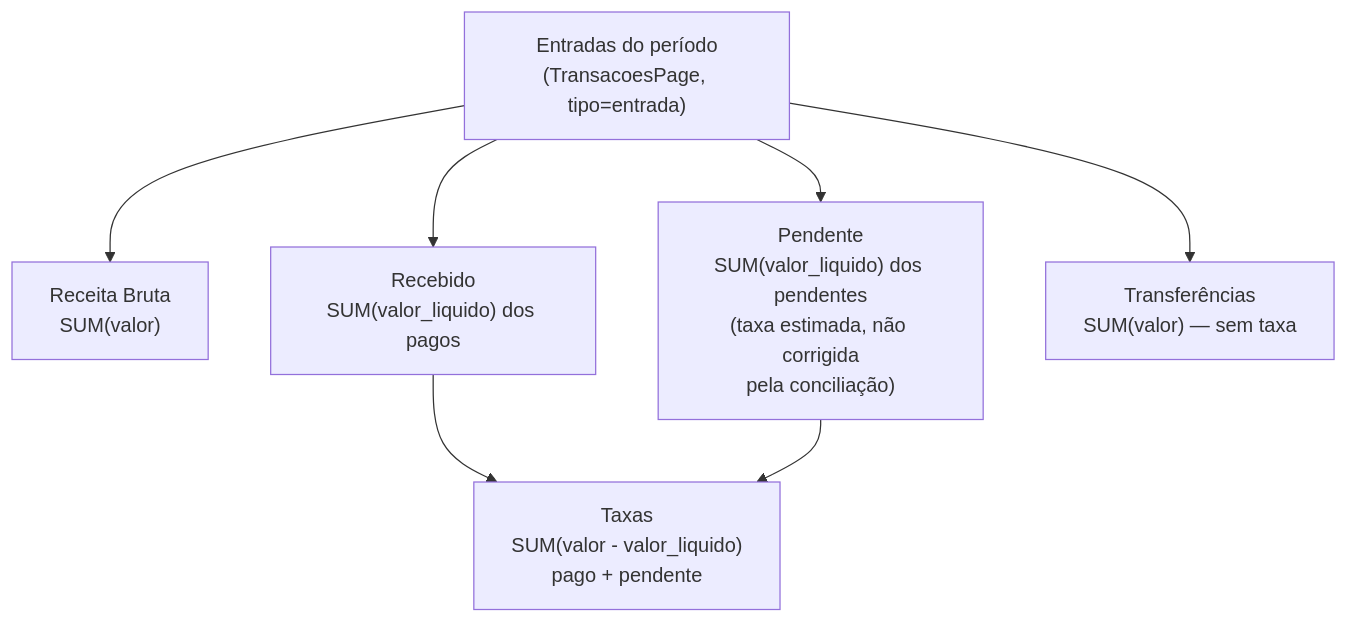
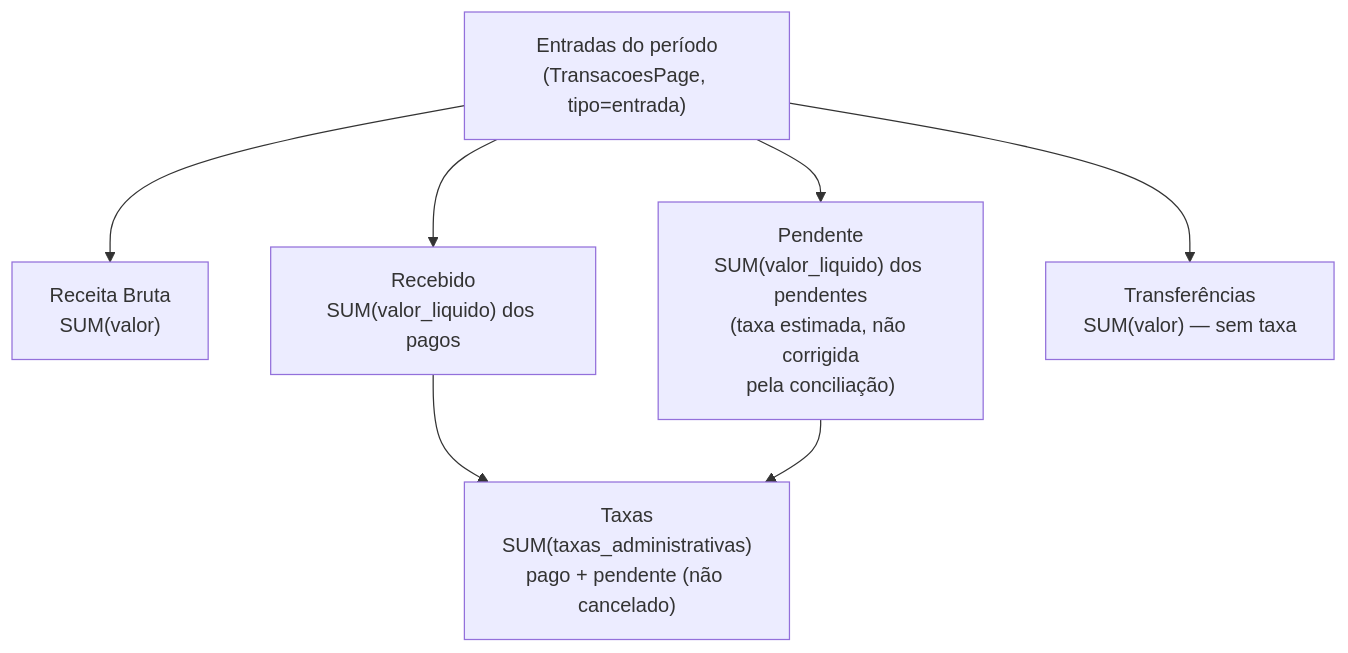
One commit to adrianoapc/igreja-carvalho changed diagram 15 of 15 in docs/diagramas/fluxo-financeiro.md. Above: the diagram before and after it, drawn with Mermaid. The commit also changed 2 other files, not shown here.

Commit message:
fix(financeiro): review Codex — card Taxas somava campo errado e incluía cancelados
P1: valor - valor_liquido não isola a taxa — carrega juros/multas/desconto
junto (valor_liquido = valor + juros + multas - taxas - desconto), podendo
até dar negativo num lançamento com desconto sem taxa. Fix: somar
taxas_administrativas direto, já gravada como magnitude positiva nas RPCs
fin_*.

P2: sem filtro de status, um lançamento cancelado (que mantém
taxas_administrativas preenchida) entrava na conta. Fix: restringir a
status pago/pendente, mesmo escopo de Recebido + Pendente.

Verificado em Node contra o cenário exato dos 2 achados (desconto sem
taxa + lançamento cancelado): total antigo 27,58 (contaminado), novo
12,58 (correto).

````diff
--- a/docs/diagramas/fluxo-financeiro.md
+++ b/docs/diagramas/fluxo-financeiro.md
@@ -636,10 +636,10 @@
 ```mermaid
 flowchart TD
     ENT["Entradas do período\n(TransacoesPage, tipo=entrada)"]
     ENT --> BRUTA["Receita Bruta\nSUM(valor)"]
     ENT --> REC["Recebido\nSUM(valor_liquido) dos pagos"]
     ENT --> PEND["Pendente\nSUM(valor_liquido) dos pendentes\n(taxa estimada, não corrigida\npela conciliação)"]
-    REC --> TAXAS["Taxas\nSUM(valor - valor_liquido)\npago + pendente"]
+    REC --> TAXAS["Taxas\nSUM(taxas_administrativas)\npago + pendente (não cancelado)"]
     PEND --> TAXAS
     ENT --> TRANSF["Transferências\nSUM(valor) — sem taxa"]
 ```
````
